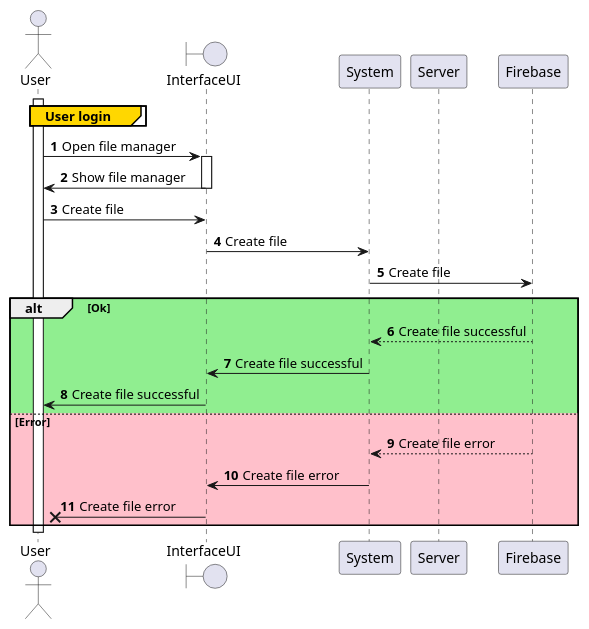
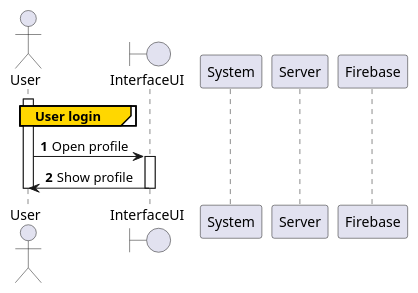
One commit to nonodev96/THUMDER changed the diagram in UML/4.4.ModifyAccount.puml. Above: the diagram before and after it, drawn with PlantUML. The commit also changed 48 other files, not shown here.

```diff
--- a/UML/4.4.ModifyAccount.puml
+++ b/UML/4.4.ModifyAccount.puml
@@ -1,38 +1,24 @@
 @startuml
 'https://plantuml.com/sequence-diagram
-
+'TODO
 autonumber
 
 actor User
 boundary InterfaceUI
 participant System
 participant Server
 participant Firebase
 
 activate User
 group#Gold User login
 
 end
 
-User -> InterfaceUI: Open file manager
+User -> InterfaceUI: Open profile
 activate InterfaceUI
-User <- InterfaceUI: Show file manager
+User <- InterfaceUI: Show profile
 deactivate InterfaceUI
-
-User -> InterfaceUI: Create file
-InterfaceUI -> System: Create file
-System -> Firebase: Create file
-
-alt #LightGreen Ok
-  System <-- Firebase: Create file successful
-  InterfaceUI <- System: Create file successful
-  User <- InterfaceUI: Create file successful
-else #Pink Error
-  System <-- Firebase: Create file error
-  InterfaceUI <- System: Create file error
-  User x<- InterfaceUI: Create file error
-end
 
 deactivate User
 
 @enduml
```
